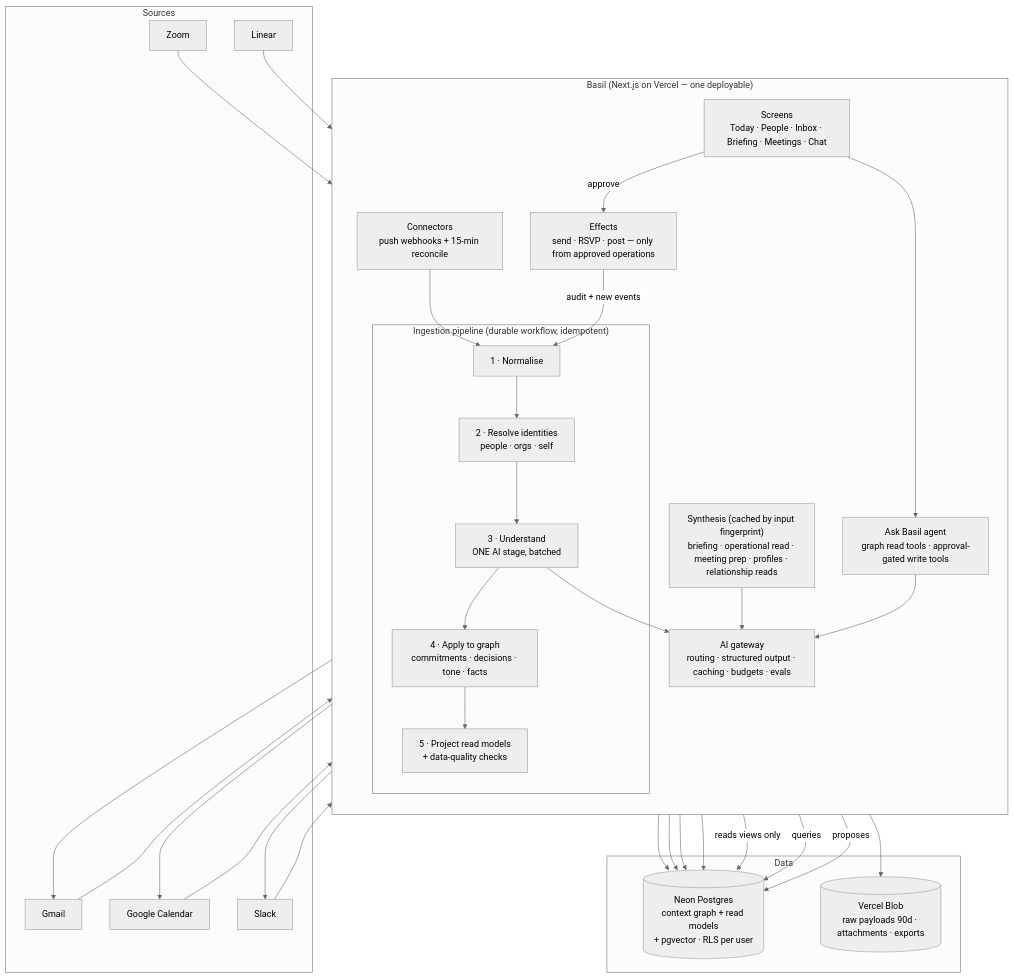
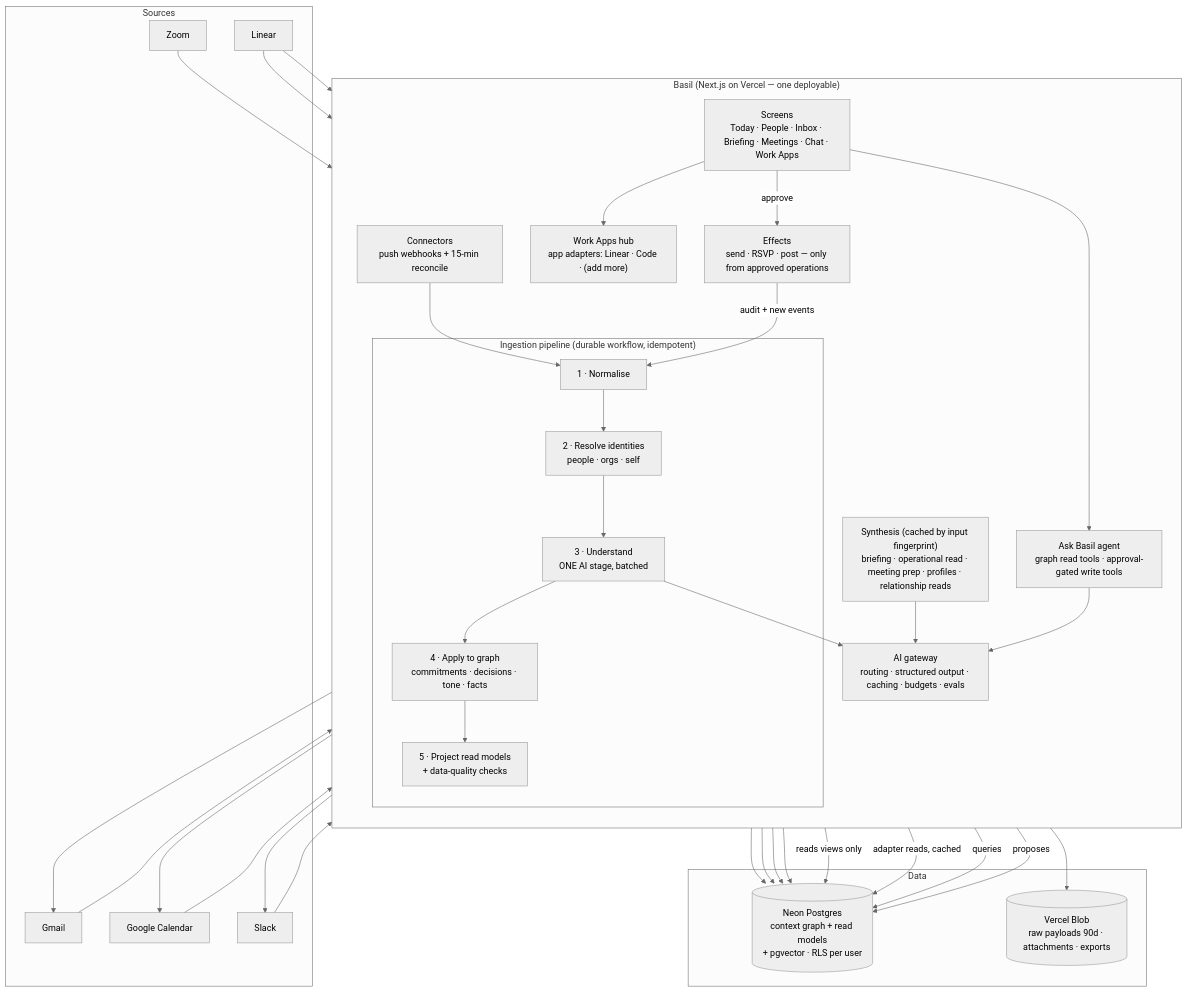
One commit to michaelmarkcook1-debug/basil changed the first of 2 diagrams in docs/redesign/README.md. Above: the diagram before and after it, drawn with Mermaid (neutral theme). The commit also changed other lines of this file and 5 other files, not shown here.

First line of the commit message:
docs(redesign): record Michael's answers — Zoom via recap emails, Linear not commitments, Work Apps tab, separate users

````diff
--- a/docs/redesign/README.md
+++ b/docs/redesign/README.md
@@ -78,40 +81,44 @@
 ```mermaid
 graph TD
   subgraph Sources
     GM[Gmail] & GC[Google Calendar] & SL[Slack] & ZM[Zoom] & LN[Linear]
   end
 
   subgraph Basil["Basil (Next.js on Vercel — one deployable)"]
     direction TB
     CN["Connectors<br/>push webhooks + 15-min reconcile"]
     subgraph Pipeline["Ingestion pipeline (durable workflow, idempotent)"]
       N[1 · Normalise] --> R[2 · Resolve identities<br/>people · orgs · self]
       R --> U[3 · Understand<br/>ONE AI stage, batched]
       U --> A[4 · Apply to graph<br/>commitments · decisions · tone · facts]
       A --> P[5 · Project read models<br/>+ data-quality checks]
     end
     SY["Synthesis (cached by input fingerprint)<br/>briefing · operational read · meeting prep · profiles · relationship reads"]
     AG["Ask Basil agent<br/>graph read tools · approval-gated write tools"]
     FX["Effects<br/>send · RSVP · post — only from approved operations"]
-    UI["Screens<br/>Today · People · Inbox · Briefing · Meetings · Chat"]
+    UI["Screens<br/>Today · People · Inbox · Briefing · Meetings · Chat · Work Apps"]
+    APPS["Work Apps hub<br/>app adapters: Linear · Code · (add more)"]
     GW["AI gateway<br/>routing · structured output · caching · budgets · evals"]
   end
 
   subgraph Data
     PG[("Neon Postgres<br/>context graph + read models<br/>+ pgvector · RLS per user")]
     BL[("Vercel Blob<br/>raw payloads 90d · attachments · exports")]
   end
 
   GM & GC & SL & ZM & LN --> CN --> N
   N --> BL
   R & A & P --> PG
   U & SY & AG --> GW
   SY --> PG
   UI -->|reads views only| PG
+  UI --> APPS
+  APPS -->|adapter reads, cached| PG
+  LN --> APPS
   UI --> AG
   AG -->|queries| PG
   AG -->|proposes| PG
   UI -->|approve| FX
   FX --> GM & GC & SL
   FX -->|audit + new events| N
 ```
````
